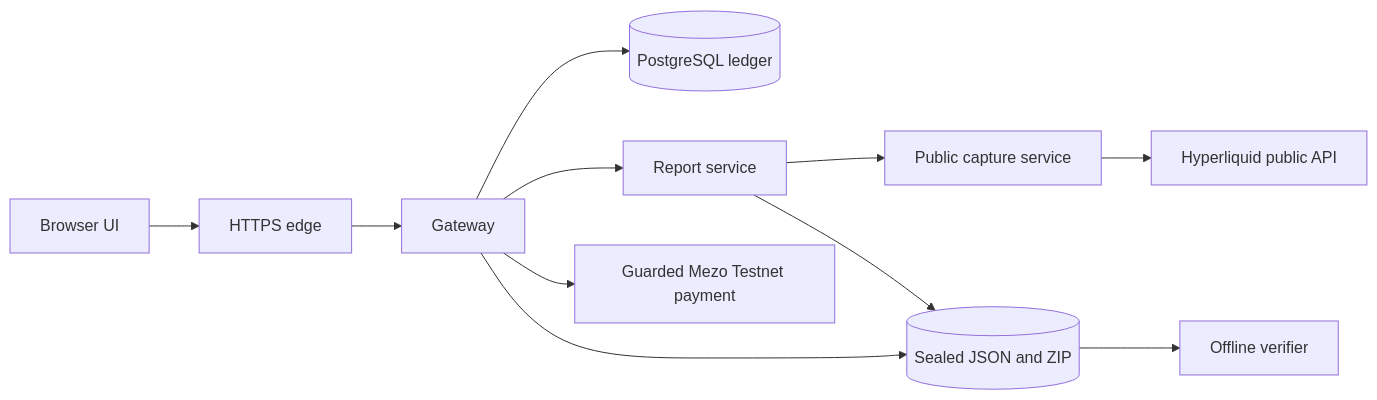
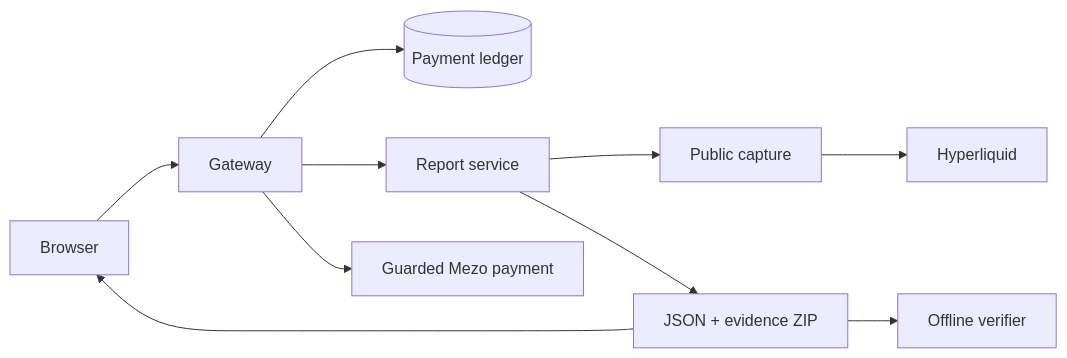
Before and after one commit to Dimkox/liqvera: the diagram in README.md, drawn with Mermaid. The commit also changed other lines of this file and 1 other file, not shown here.

````diff
--- a/README.md
+++ b/README.md
@@ -51,13 +87,12 @@
 ```mermaid
 flowchart LR
-    Browser[Browser UI] --> Edge[HTTPS edge]
-    Edge --> Gateway[Gateway]
-    Gateway --> Ledger[(PostgreSQL ledger)]
+    Browser[Browser] --> Gateway[Gateway]
+    Gateway --> Ledger[(Payment ledger)]
     Gateway --> Report[Report service]
-    Report --> Capture[Public capture service]
-    Capture --> Market[Hyperliquid public API]
-    Report --> Artifacts[(Sealed JSON and ZIP)]
-    Gateway --> Artifacts
-    Gateway --> Testnet[Guarded Mezo Testnet payment]
-    Artifacts --> Verifier[Offline verifier]
+    Report --> Capture[Public capture]
+    Capture --> Market[Hyperliquid]
+    Report --> Evidence[JSON + evidence ZIP]
+    Evidence --> Browser
+    Evidence --> Verifier[Offline verifier]
+    Gateway --> Mezo[Guarded Mezo payment]
 ```
````
